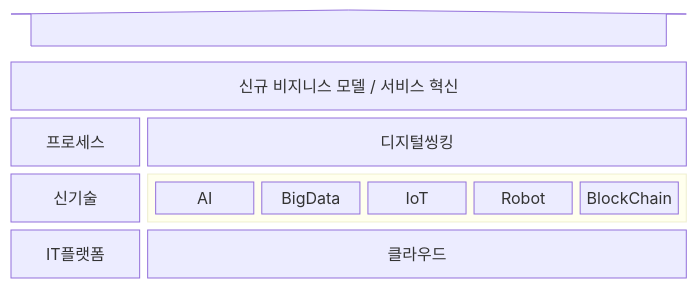
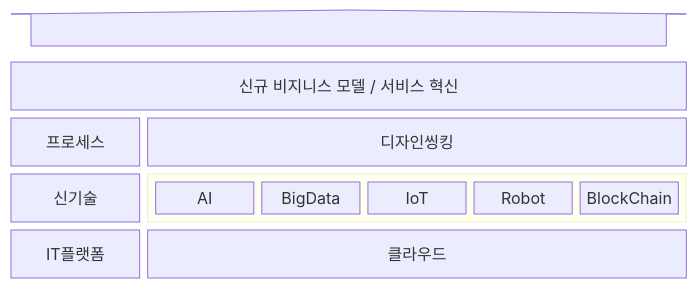
One commit to gracefullight/gracefullight.github.io changed the second of 2 diagrams in blog/pe/management/digital-transformation.md. Above: the diagram before and after it, drawn with Mermaid.

Commit message:
docs: 📚️ fix typo

````diff
--- a/blog/pe/management/digital-transformation.md
+++ b/blog/pe/management/digital-transformation.md
@@ -30,22 +30,22 @@
 ```mermaid
 block-beta
 
   columns 5
   blockArrowId3<["&nbsp;&nbsp;&nbsp;"]>(up):5
   혁신["신규 비지니스 모델 / 서비스 혁신"]:5
 
   프로세스:1
-  디지털씽킹:4
+  디자인씽킹:4
 
   신기술:1
   block:group1:4
     AI
     BigData
     IoT
     Robot
     BlockChain
   end
 
   IT플랫폼:1
   클라우드:4
 ```
````
